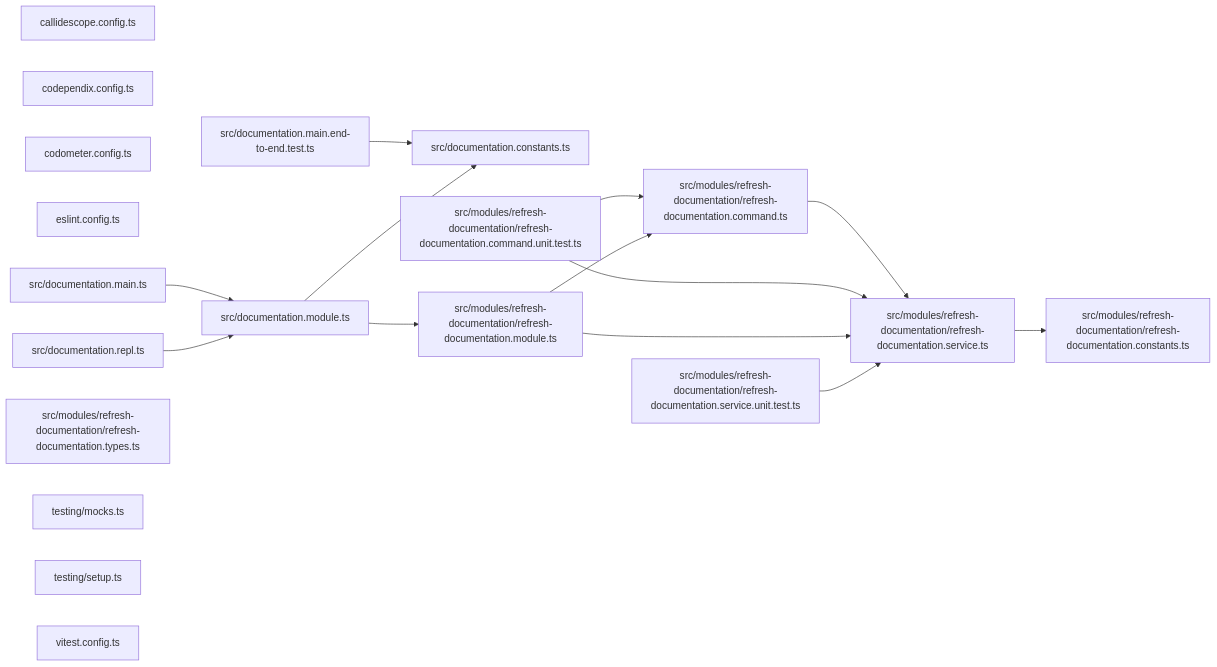
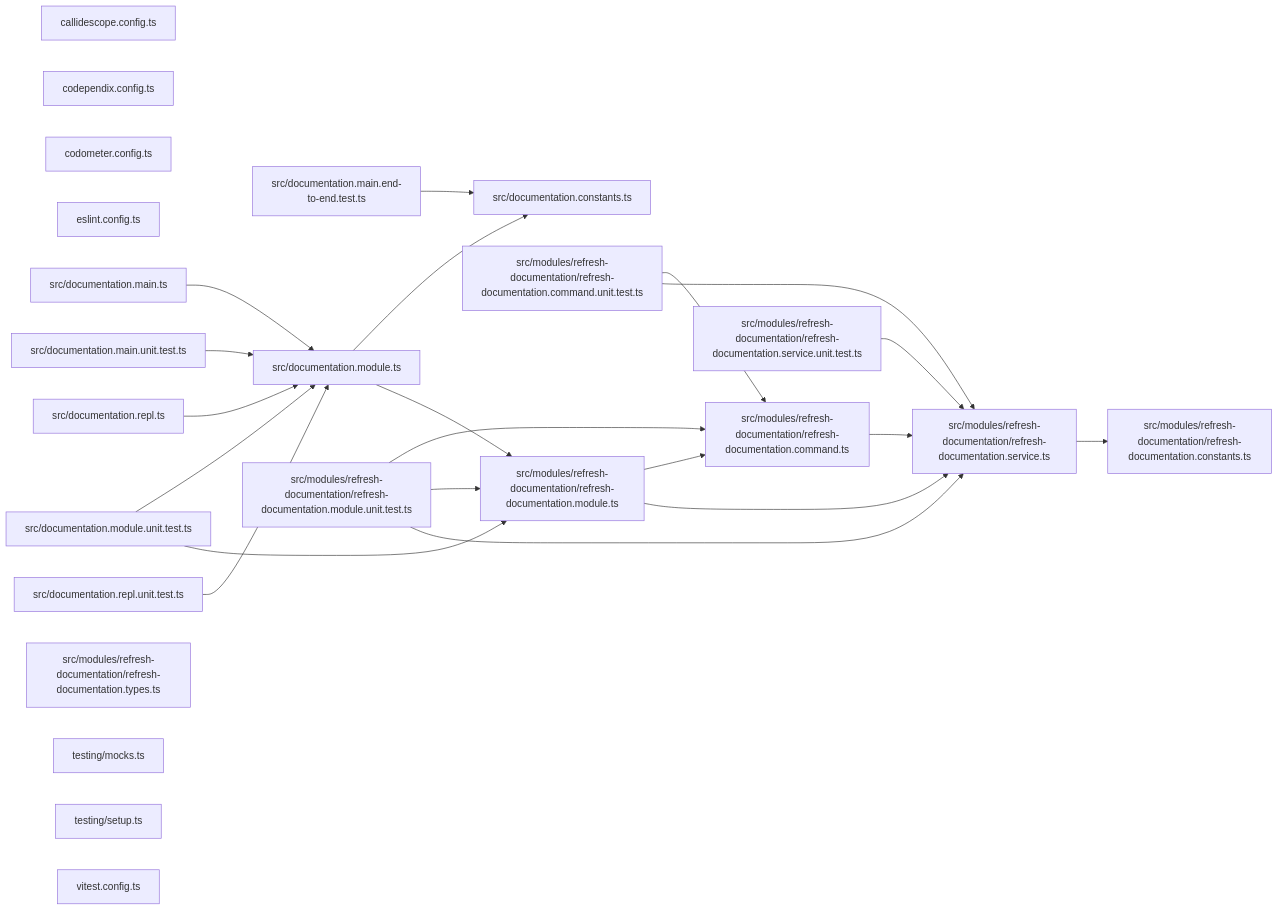
Before and after one commit to organizzolini/codebase: the third of 3 diagrams in documentation/README.md, drawn with Mermaid. The commit also changed other lines of this file and 183 other files, not shown here.

````diff
--- a/documentation/README.md
+++ b/documentation/README.md
@@ -59,34 +59,45 @@
 ```mermaid
 graph LR
   file_callidescope_config_ts["callidescope.config.ts"]
   file_codependix_config_ts["codependix.config.ts"]
   file_codometer_config_ts["codometer.config.ts"]
   file_eslint_config_ts["eslint.config.ts"]
   file_src_documentation_constants_ts["src/documentation.constants.ts"]
   file_src_documentation_main_end_to_end_test_ts["src/documentation.main.end-to-end.test.ts"]
   file_src_documentation_main_ts["src/documentation.main.ts"]
+  file_src_documentation_main_unit_test_ts["src/documentation.main.unit.test.ts"]
   file_src_documentation_module_ts["src/documentation.module.ts"]
+  file_src_documentation_module_unit_test_ts["src/documentation.module.unit.test.ts"]
   file_src_documentation_repl_ts["src/documentation.repl.ts"]
+  file_src_documentation_repl_unit_test_ts["src/documentation.repl.unit.test.ts"]
   file_src_modules_refresh_documentation_refresh_documentation_command_ts["src/modules/refresh-documentation/refresh-documentation.command.ts"]
   file_src_modules_refresh_documentation_refresh_documentation_command_unit_test_ts["src/modules/refresh-documentation/refresh-documentation.command.unit.test.ts"]
   file_src_modules_refresh_documentation_refresh_documentation_constants_ts["src/modules/refresh-documentation/refresh-documentation.constants.ts"]
   file_src_modules_refresh_documentation_refresh_documentation_module_ts["src/modules/refresh-documentation/refresh-documentation.module.ts"]
+  file_src_modules_refresh_documentation_refresh_documentation_module_unit_test_ts["src/modules/refresh-documentation/refresh-documentation.module.unit.test.ts"]
   file_src_modules_refresh_documentation_refresh_documentation_service_ts["src/modules/refresh-documentation/refresh-documentation.service.ts"]
   file_src_modules_refresh_documentation_refresh_documentation_service_unit_test_ts["src/modules/refresh-documentation/refresh-documentation.service.unit.test.ts"]
   file_src_modules_refresh_documentation_refresh_documentation_types_ts["src/modules/refresh-documentation/refresh-documentation.types.ts"]
   file_testing_mocks_ts["testing/mocks.ts"]
   file_testing_setup_ts["testing/setup.ts"]
   file_vitest_config_ts["vitest.config.ts"]
   file_src_documentation_main_end_to_end_test_ts --> file_src_documentation_constants_ts
   file_src_documentation_main_ts --> file_src_documentation_module_ts
+  file_src_documentation_main_unit_test_ts --> file_src_documentation_module_ts
   file_src_documentation_module_ts --> file_src_documentation_constants_ts
   file_src_documentation_module_ts --> file_src_modules_refresh_documentation_refresh_documentation_module_ts
+  file_src_documentation_module_unit_test_ts --> file_src_documentation_module_ts
+  file_src_documentation_module_unit_test_ts --> file_src_modules_refresh_documentation_refresh_documentation_module_ts
   file_src_documentation_repl_ts --> file_src_documentation_module_ts
+  file_src_documentation_repl_unit_test_ts --> file_src_documentation_module_ts
   file_src_modules_refresh_documentation_refresh_documentation_command_ts --> file_src_modules_refresh_documentation_refresh_documentation_service_ts
   file_src_modules_refresh_documentation_refresh_documentation_command_unit_test_ts --> file_src_modules_refresh_documentation_refresh_documentation_command_ts
   file_src_modules_refresh_documentation_refresh_documentation_command_unit_test_ts --> file_src_modules_refresh_documentation_refresh_documentation_service_ts
   file_src_modules_refresh_documentation_refresh_documentation_module_ts --> file_src_modules_refresh_documentation_refresh_documentation_command_ts
   file_src_modules_refresh_documentation_refresh_documentation_module_ts --> file_src_modules_refresh_documentation_refresh_documentation_service_ts
+  file_src_modules_refresh_documentation_refresh_documentation_module_unit_test_ts --> file_src_modules_refresh_documentation_refresh_documentation_command_ts
+  file_src_modules_refresh_documentation_refresh_documentation_module_unit_test_ts --> file_src_modules_refresh_documentation_refresh_documentation_module_ts
+  file_src_modules_refresh_documentation_refresh_documentation_module_unit_test_ts --> file_src_modules_refresh_documentation_refresh_documentation_service_ts
   file_src_modules_refresh_documentation_refresh_documentation_service_ts --> file_src_modules_refresh_documentation_refresh_documentation_constants_ts
   file_src_modules_refresh_documentation_refresh_documentation_service_unit_test_ts --> file_src_modules_refresh_documentation_refresh_documentation_service_ts
 ```
````
